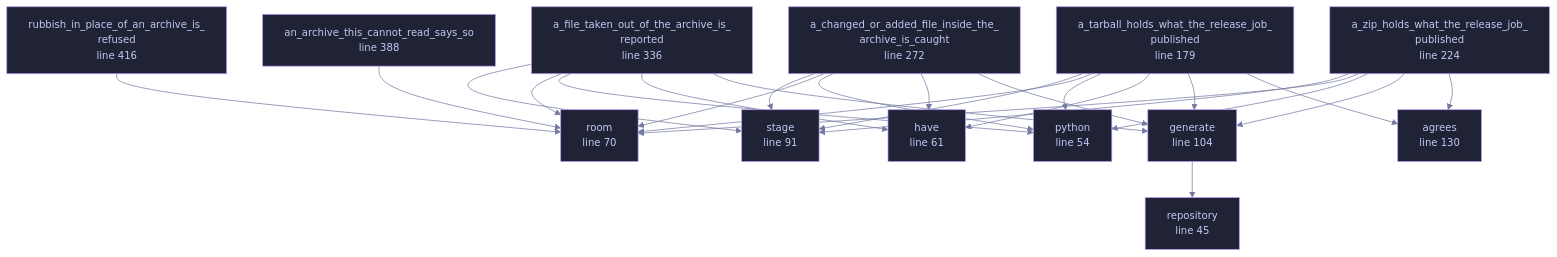
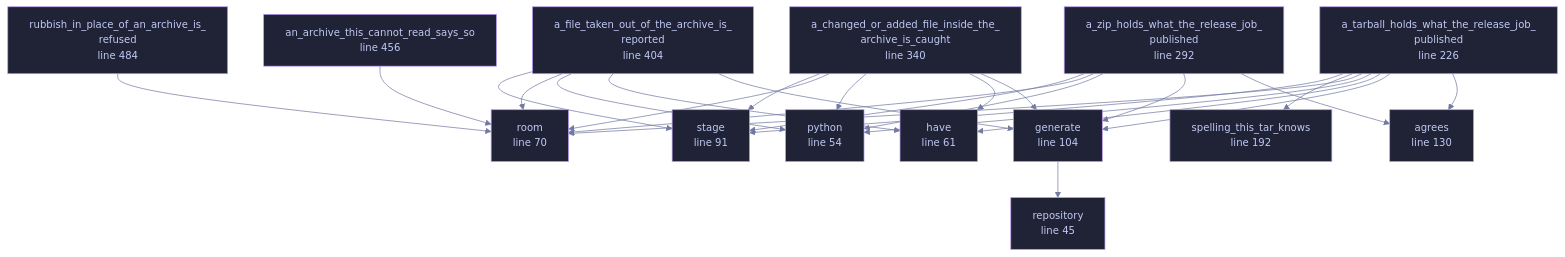
Before and after one commit to tilas01/veilvoice: the diagram in docs/files/veilvoice-verify/tests-inside_the_archive.md, drawn with Mermaid. The commit also changed other lines of this file and 18 other files, not shown here.

````diff
--- a/docs/files/veilvoice-verify/tests-inside_the_archive.md
+++ b/docs/files/veilvoice-verify/tests-inside_the_archive.md
@@ -83,56 +83,59 @@
 ```mermaid
 %%{init: {"theme":"base","themeVariables":{"background":"#1a1b26","primaryColor":"#1f2335","primaryTextColor":"#c0caf5","primaryBorderColor":"#7aa2f7","secondaryColor":"#16161e","tertiaryColor":"#16161e","lineColor":"#737aa2","textColor":"#c0caf5","mainBkg":"#1f2335","nodeBorder":"#7aa2f7","clusterBkg":"#16161e","clusterBorder":"#2f3549","fontFamily":"ui-monospace, SFMono-Regular, Consolas, monospace","fontSize":"14px"}}}%%
 flowchart TD
     n_repository["repository<br/>line 45"]
     n_python["python<br/>line 54"]
     n_have["have<br/>line 61"]
     n_room["room<br/>line 70"]
     n_stage["stage<br/>line 91"]
     n_generate["generate<br/>line 104"]
     n_agrees["agrees<br/>line 130"]
-    n_a_tarball_holds_what_the_release_job_published["a_tarball_holds_what_the_release_job_<br/>published<br/>line 179"]
-    n_a_zip_holds_what_the_release_job_published["a_zip_holds_what_the_release_job_<br/>published<br/>line 224"]
-    n_a_changed_or_added_file_inside_the_archive_is_caught["a_changed_or_added_file_inside_the_<br/>archive_is_caught<br/>line 272"]
-    n_a_file_taken_out_of_the_archive_is_reported["a_file_taken_out_of_the_archive_is_<br/>reported<br/>line 336"]
-    n_an_archive_this_cannot_read_says_so["an_archive_this_cannot_read_says_so<br/>line 388"]
-    n_rubbish_in_place_of_an_archive_is_refused["rubbish_in_place_of_an_archive_is_<br/>refused<br/>line 416"]
+    n_spelling_this_tar_knows["spelling_this_tar_knows<br/>line 192"]
+    n_a_tarball_holds_what_the_release_job_published["a_tarball_holds_what_the_release_job_<br/>published<br/>line 226"]
+    n_a_zip_holds_what_the_release_job_published["a_zip_holds_what_the_release_job_<br/>published<br/>line 292"]
+    n_a_changed_or_added_file_inside_the_archive_is_caught["a_changed_or_added_file_inside_the_<br/>archive_is_caught<br/>line 340"]
+    n_a_file_taken_out_of_the_archive_is_reported["a_file_taken_out_of_the_archive_is_<br/>reported<br/>line 404"]
+    n_an_archive_this_cannot_read_says_so["an_archive_this_cannot_read_says_so<br/>line 456"]
+    n_rubbish_in_place_of_an_archive_is_refused["rubbish_in_place_of_an_archive_is_<br/>refused<br/>line 484"]
     n_a_changed_or_added_file_inside_the_archive_is_caught --> n_generate
     n_a_changed_or_added_file_inside_the_archive_is_caught --> n_have
     n_a_changed_or_added_file_inside_the_archive_is_caught --> n_python
     n_a_changed_or_added_file_inside_the_archive_is_caught --> n_room
     n_a_changed_or_added_file_inside_the_archive_is_caught --> n_stage
     n_a_file_taken_out_of_the_archive_is_reported --> n_generate
     n_a_file_taken_out_of_the_archive_is_reported --> n_have
     n_a_file_taken_out_of_the_archive_is_reported --> n_python
     n_a_file_taken_out_of_the_archive_is_reported --> n_room
     n_a_file_taken_out_of_the_archive_is_reported --> n_stage
     n_a_tarball_holds_what_the_release_job_published --> n_agrees
     n_a_tarball_holds_what_the_release_job_published --> n_generate
     n_a_tarball_holds_what_the_release_job_published --> n_have
     n_a_tarball_holds_what_the_release_job_published --> n_python
     n_a_tarball_holds_what_the_release_job_published --> n_room
+    n_a_tarball_holds_what_the_release_job_published --> n_spelling_this_tar_knows
     n_a_tarball_holds_what_the_release_job_published --> n_stage
     n_a_zip_holds_what_the_release_job_published --> n_agrees
     n_a_zip_holds_what_the_release_job_published --> n_generate
     n_a_zip_holds_what_the_release_job_published --> n_python
     n_a_zip_holds_what_the_release_job_published --> n_room
     n_a_zip_holds_what_the_release_job_published --> n_stage
     n_an_archive_this_cannot_read_says_so --> n_room
     n_generate --> n_repository
     n_rubbish_in_place_of_an_archive_is_refused --> n_room
     click n_repository href "https://github.com/tilas01/veilvoice/blob/main/crates/veilvoice-verify/tests/inside_the_archive.rs#L45" "open the source"
     click n_python href "https://github.com/tilas01/veilvoice/blob/main/crates/veilvoice-verify/tests/inside_the_archive.rs#L54" "open the source"
     click n_have href "https://github.com/tilas01/veilvoice/blob/main/crates/veilvoice-verify/tests/inside_the_archive.rs#L61" "open the source"
     click n_room href "https://github.com/tilas01/veilvoice/blob/main/crates/veilvoice-verify/tests/inside_the_archive.rs#L70" "open the source"
     click n_stage href "https://github.com/tilas01/veilvoice/blob/main/crates/veilvoice-verify/tests/inside_the_archive.rs#L91" "open the source"
     click n_generate href "https://github.com/tilas01/veilvoice/blob/main/crates/veilvoice-verify/tests/inside_the_archive.rs#L104" "open the source"
     click n_agrees href "https://github.com/tilas01/veilvoice/blob/main/crates/veilvoice-verify/tests/inside_the_archive.rs#L130" "open the source"
-    click n_a_tarball_holds_what_the_release_job_published href "https://github.com/tilas01/veilvoice/blob/main/crates/veilvoice-verify/tests/inside_the_archive.rs#L179" "open the source"
-    click n_a_zip_holds_what_the_release_job_published href "https://github.com/tilas01/veilvoice/blob/main/crates/veilvoice-verify/tests/inside_the_archive.rs#L224" "open the source"
-    click n_a_changed_or_added_file_inside_the_archive_is_caught href "https://github.com/tilas01/veilvoice/blob/main/crates/veilvoice-verify/tests/inside_the_archive.rs#L272" "open the source"
-    click n_a_file_taken_out_of_the_archive_is_reported href "https://github.com/tilas01/veilvoice/blob/main/crates/veilvoice-verify/tests/inside_the_archive.rs#L336" "open the source"
-    click n_an_archive_this_cannot_read_says_so href "https://github.com/tilas01/veilvoice/blob/main/crates/veilvoice-verify/tests/inside_the_archive.rs#L388" "open the source"
-    click n_rubbish_in_place_of_an_archive_is_refused href "https://github.com/tilas01/veilvoice/blob/main/crates/veilvoice-verify/tests/inside_the_archive.rs#L416" "open the source"
+    click n_spelling_this_tar_knows href "https://github.com/tilas01/veilvoice/blob/main/crates/veilvoice-verify/tests/inside_the_archive.rs#L192" "open the source"
+    click n_a_tarball_holds_what_the_release_job_published href "https://github.com/tilas01/veilvoice/blob/main/crates/veilvoice-verify/tests/inside_the_archive.rs#L226" "open the source"
+    click n_a_zip_holds_what_the_release_job_published href "https://github.com/tilas01/veilvoice/blob/main/crates/veilvoice-verify/tests/inside_the_archive.rs#L292" "open the source"
+    click n_a_changed_or_added_file_inside_the_archive_is_caught href "https://github.com/tilas01/veilvoice/blob/main/crates/veilvoice-verify/tests/inside_the_archive.rs#L340" "open the source"
+    click n_a_file_taken_out_of_the_archive_is_reported href "https://github.com/tilas01/veilvoice/blob/main/crates/veilvoice-verify/tests/inside_the_archive.rs#L404" "open the source"
+    click n_an_archive_this_cannot_read_says_so href "https://github.com/tilas01/veilvoice/blob/main/crates/veilvoice-verify/tests/inside_the_archive.rs#L456" "open the source"
+    click n_rubbish_in_place_of_an_archive_is_refused href "https://github.com/tilas01/veilvoice/blob/main/crates/veilvoice-verify/tests/inside_the_archive.rs#L484" "open the source"
     classDef helper fill:#1f2335,stroke:#bb9af7,color:#c0caf5
-    class n_repository,n_python,n_have,n_room,n_stage,n_generate,n_agrees,n_a_tarball_holds_what_the_release_job_published,n_a_zip_holds_what_the_release_job_published,n_a_changed_or_added_file_inside_the_archive_is_caught,n_a_file_taken_out_of_the_archive_is_reported,n_an_archive_this_cannot_read_says_so,n_rubbish_in_place_of_an_archive_is_refused helper
+    class n_repository,n_python,n_have,n_room,n_stage,n_generate,n_agrees,n_spelling_this_tar_knows,n_a_tarball_holds_what_the_release_job_published,n_a_zip_holds_what_the_release_job_published,n_a_changed_or_added_file_inside_the_archive_is_caught,n_a_file_taken_out_of_the_archive_is_reported,n_an_archive_this_cannot_read_says_so,n_rubbish_in_place_of_an_archive_is_refused helper
 ```
````
